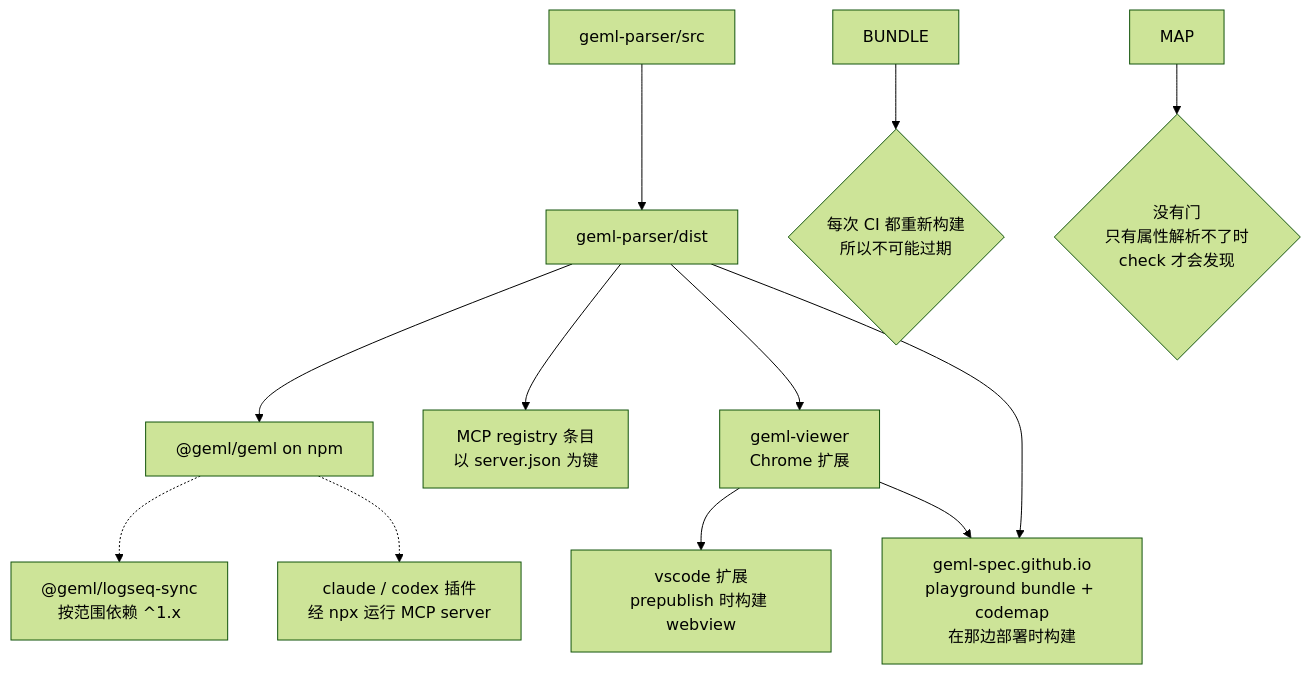
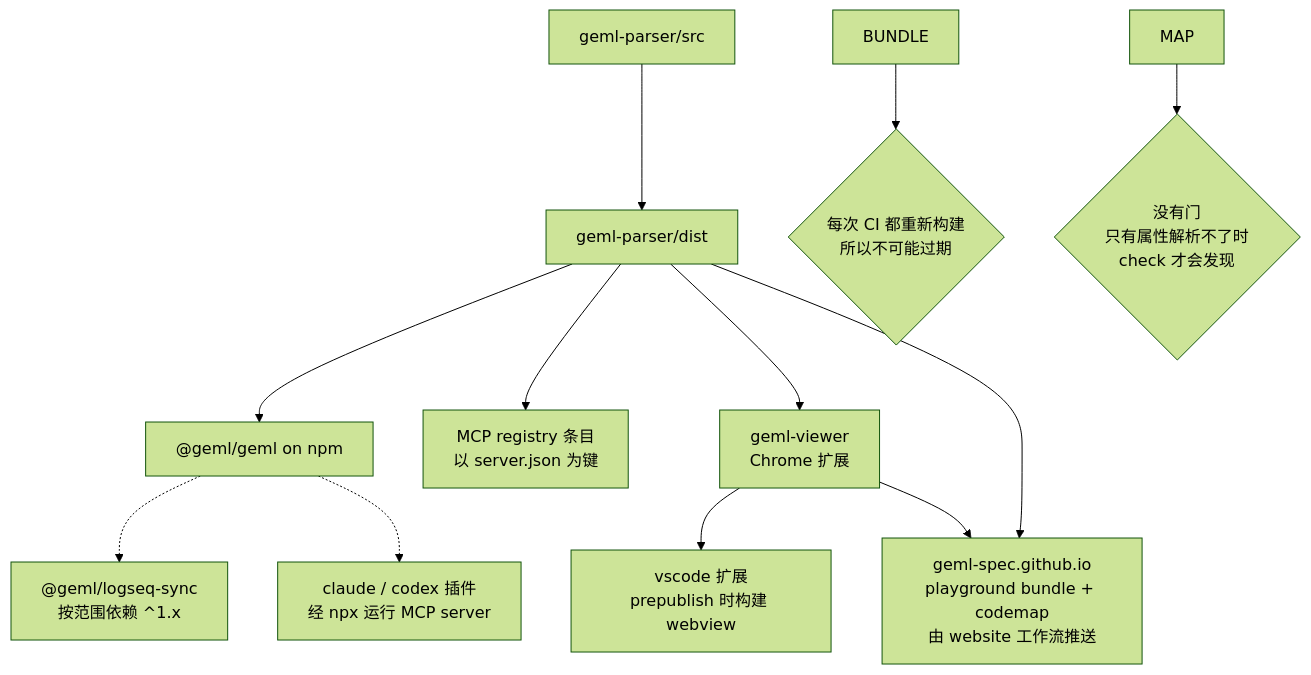
Before and after one commit to geml-spec/geml: the diagram in docs/PUBLISHING_CN.md, drawn with Mermaid (forest theme). The commit also changed other lines of this file and 153 other files, not shown here.

````diff
--- a/docs/PUBLISHING_CN.md
+++ b/docs/PUBLISHING_CN.md
@@ -20,17 +20,17 @@
 ```mermaid
 flowchart TD
   SRC["geml-parser/src"] --> DIST["geml-parser/dist"]
 
   DIST --> NPM["@geml/geml on npm"]
   DIST --> MCP["MCP registry 条目<br/>以 server.json 为键"]
   DIST --> VIEWER["geml-viewer<br/>Chrome 扩展"]
-  DIST --> SITE["geml-spec.github.io<br/>playground bundle + codemap<br/>在那边部署时构建"]
+  DIST --> SITE["geml-spec.github.io<br/>playground bundle + codemap<br/>由 website 工作流推送"]
   VIEWER --> VSCODE["vscode 扩展<br/>prepublish 时构建 webview"]
   VIEWER --> SITE
 
   NPM -.-> LOGSEQ["@geml/logseq-sync<br/>按范围依赖 ^1.x"]
   NPM -.-> PLUGINS["claude / codex 插件<br/>经 npx 运行 MCP server"]
 
   BUNDLE --> G1{"每次 CI 都重新构建<br/>所以不可能过期"}
   MAP --> G2{"没有门<br/>只有属性解析不了时<br/>check 才会发现"}
 ```
````
